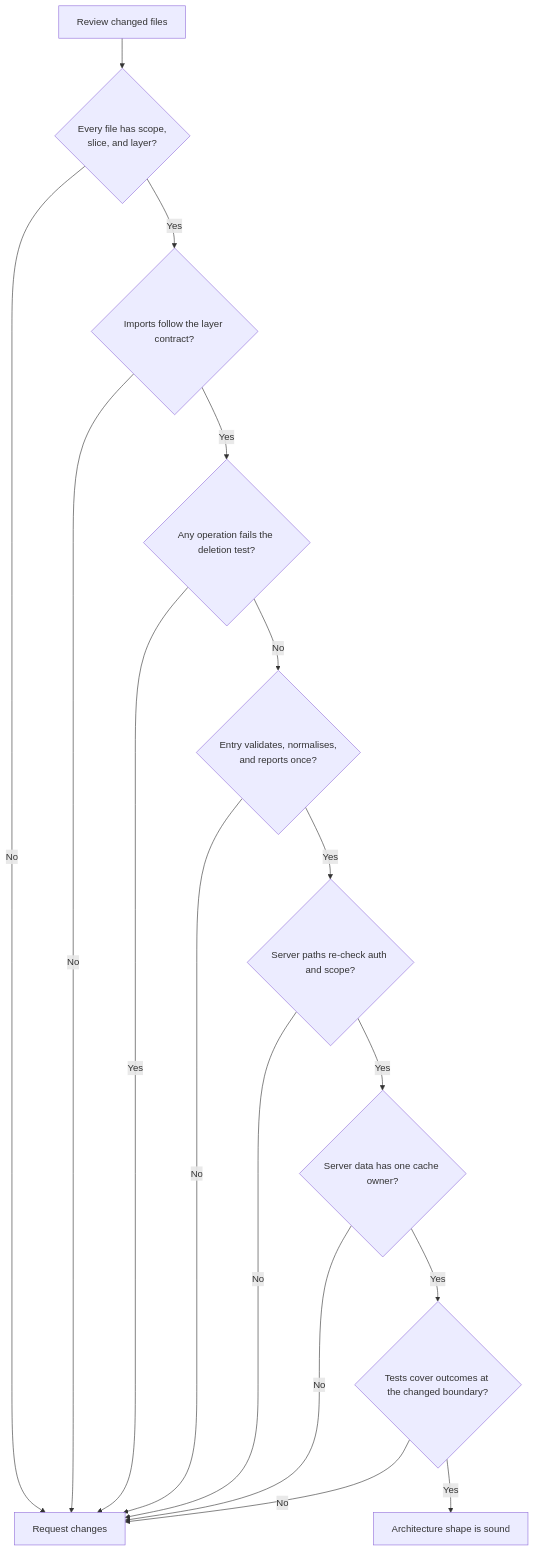
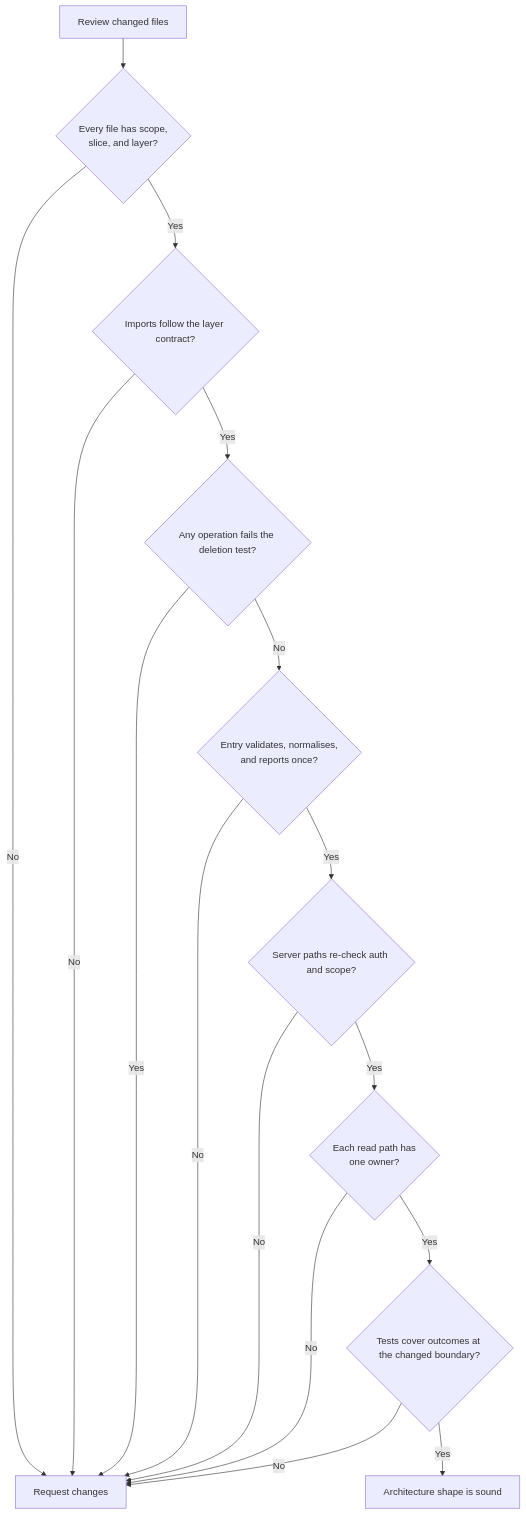
Before and after one commit to clicktronix/nextjs-clean-skills: the fifth of 5 diagrams in docs/agent-decision-maps.md, drawn with Mermaid. The commit also changed other lines of this file and 15 other files, not shown here.

Commit message:
Fix architecture contract review findings

````diff
--- a/docs/agent-decision-maps.md
+++ b/docs/agent-decision-maps.md
@@ -100,20 +100,20 @@
 ```mermaid
 flowchart TB
   accTitle: Review an architecture change
   accDescr: Review ownership, imports, semantic depth, boundary guarantees, authorization, state ownership, and tests in order.
   Start["Review changed files"] --> Owner{"Every file has scope,<br/>slice, and layer?"}
   Owner -->|No| Block["Request changes"]
   Owner -->|Yes| Imports{"Imports follow the layer contract?"}
   Imports -->|No| Block
   Imports -->|Yes| Empty{"Any operation fails the deletion test?"}
   Empty -->|Yes| Block
   Empty -->|No| Boundary{"Entry validates, normalises,<br/>and reports once?"}
   Boundary -->|No| Block
   Boundary -->|Yes| Auth{"Server paths re-check auth and scope?"}
   Auth -->|No| Block
-  Auth -->|Yes| State{"Server data has one cache owner?"}
+  Auth -->|Yes| State{"Each read path has<br/>one owner?"}
   State -->|No| Block
   State -->|Yes| Tests{"Tests cover outcomes at the changed boundary?"}
   Tests -->|No| Block
   Tests -->|Yes| Accept["Architecture shape is sound"]
 ```
````
